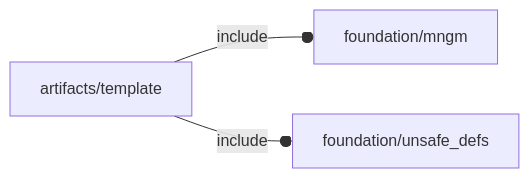
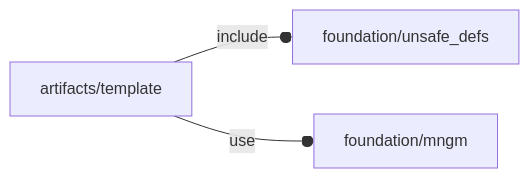
The diagram in orthodocs/artifacts/template.md (ggabbiani/OFL), drawn with Mermaid before and after one commit. The commit also changed 74 other files, not shown here.

````diff
--- a/orthodocs/artifacts/template.md
+++ b/orthodocs/artifacts/template.md
@@ -5,5 +5,5 @@
 ```mermaid
 graph LR
-    A1[artifacts/template] --o|include| A2[foundation/mngm]
-    A1 --o|include| A3[foundation/unsafe_defs]
+    A1[artifacts/template] --o|include| A2[foundation/unsafe_defs]
+    A1 --o|use| A3[foundation/mngm]
 ```
````
